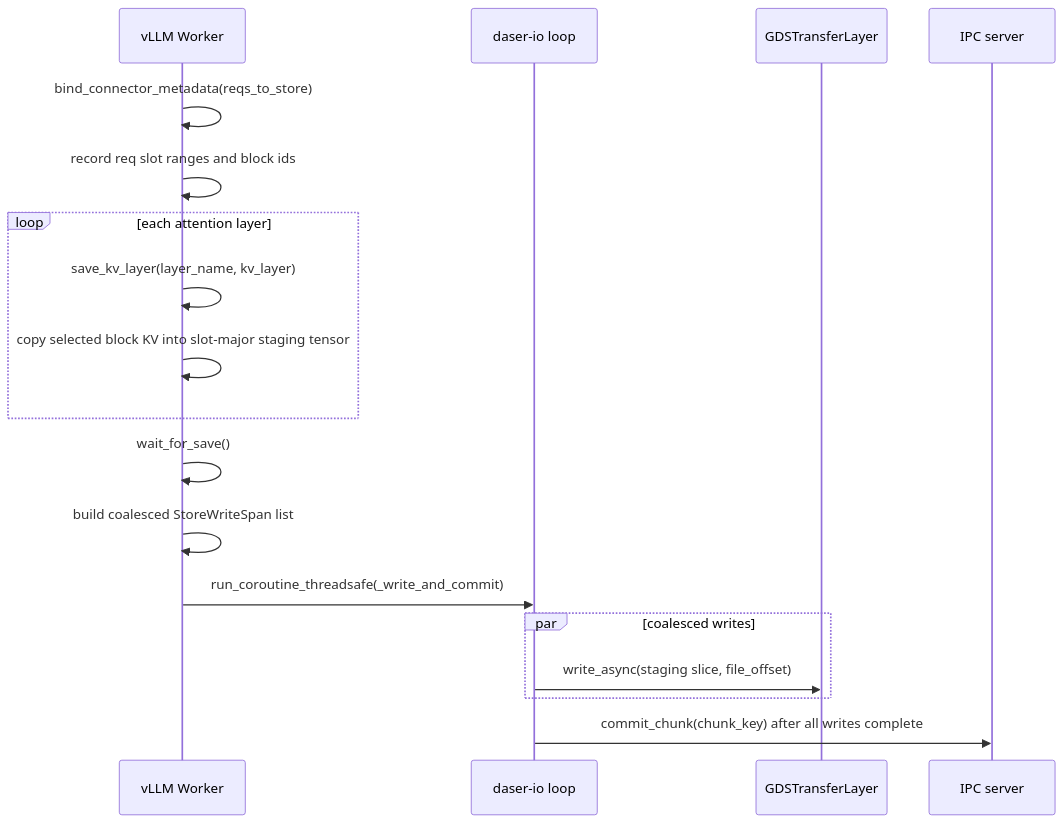
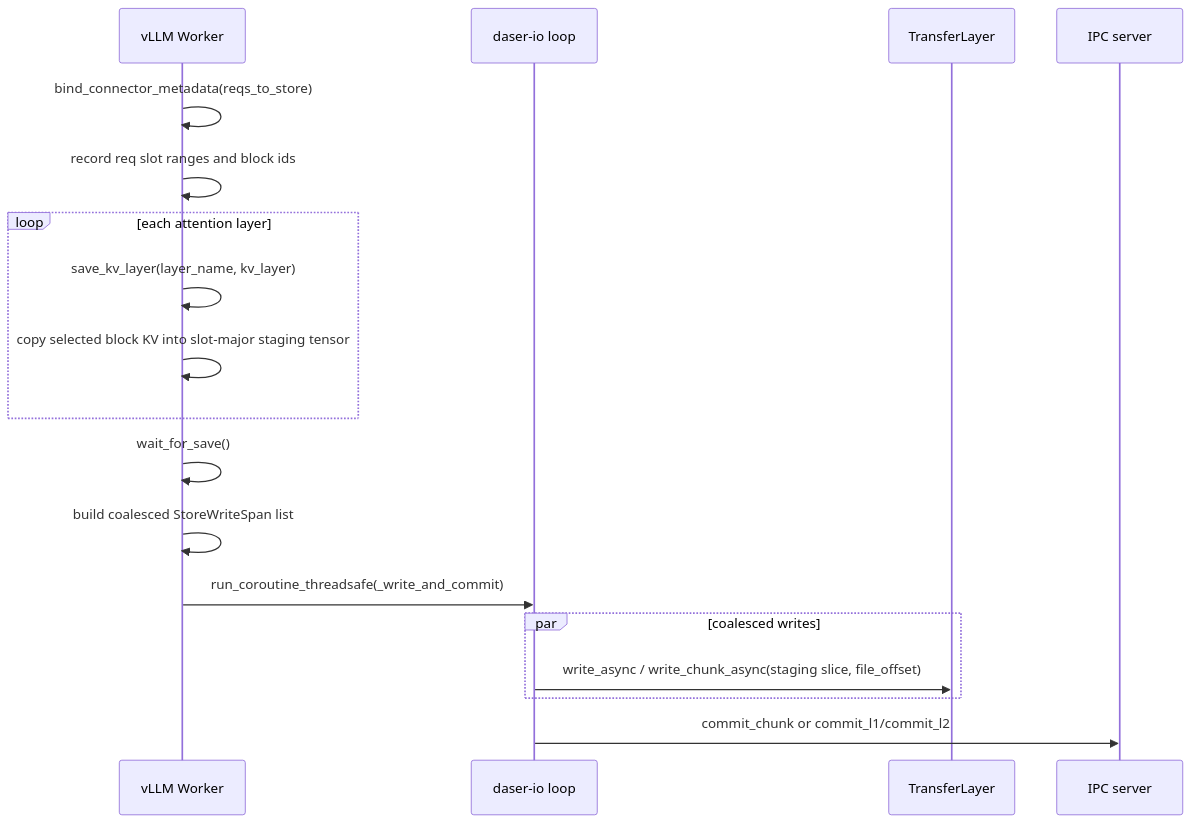
Before and after one commit to GentleCold/DaseR: the fourth of 8 diagrams in docs/design/flows.md, drawn with Mermaid. The commit also changed other lines of this file and 7 other files, not shown here.

````diff
--- a/docs/design/flows.md
+++ b/docs/design/flows.md
@@ -102,21 +102,21 @@
 ```mermaid
 sequenceDiagram
     participant W as vLLM Worker
     participant BG as daser-io loop
-    participant GDS as GDSTransferLayer
+    participant T as TransferLayer
     participant IPC as IPC server
 
     W->>W: bind_connector_metadata(reqs_to_store)
     W->>W: record req slot ranges and block ids
     loop each attention layer
         W->>W: save_kv_layer(layer_name, kv_layer)
         W->>W: copy selected block KV into slot-major staging tensor
     end
     W->>W: wait_for_save()
     W->>W: build coalesced StoreWriteSpan list
     W->>BG: run_coroutine_threadsafe(_write_and_commit)
     par coalesced writes
-        BG->>GDS: write_async(staging slice, file_offset)
+        BG->>T: write_async / write_chunk_async(staging slice, file_offset)
     end
-    BG->>IPC: commit_chunk(chunk_key) after all writes complete
+    BG->>IPC: commit_chunk or commit_l1/commit_l2
 ```
````
